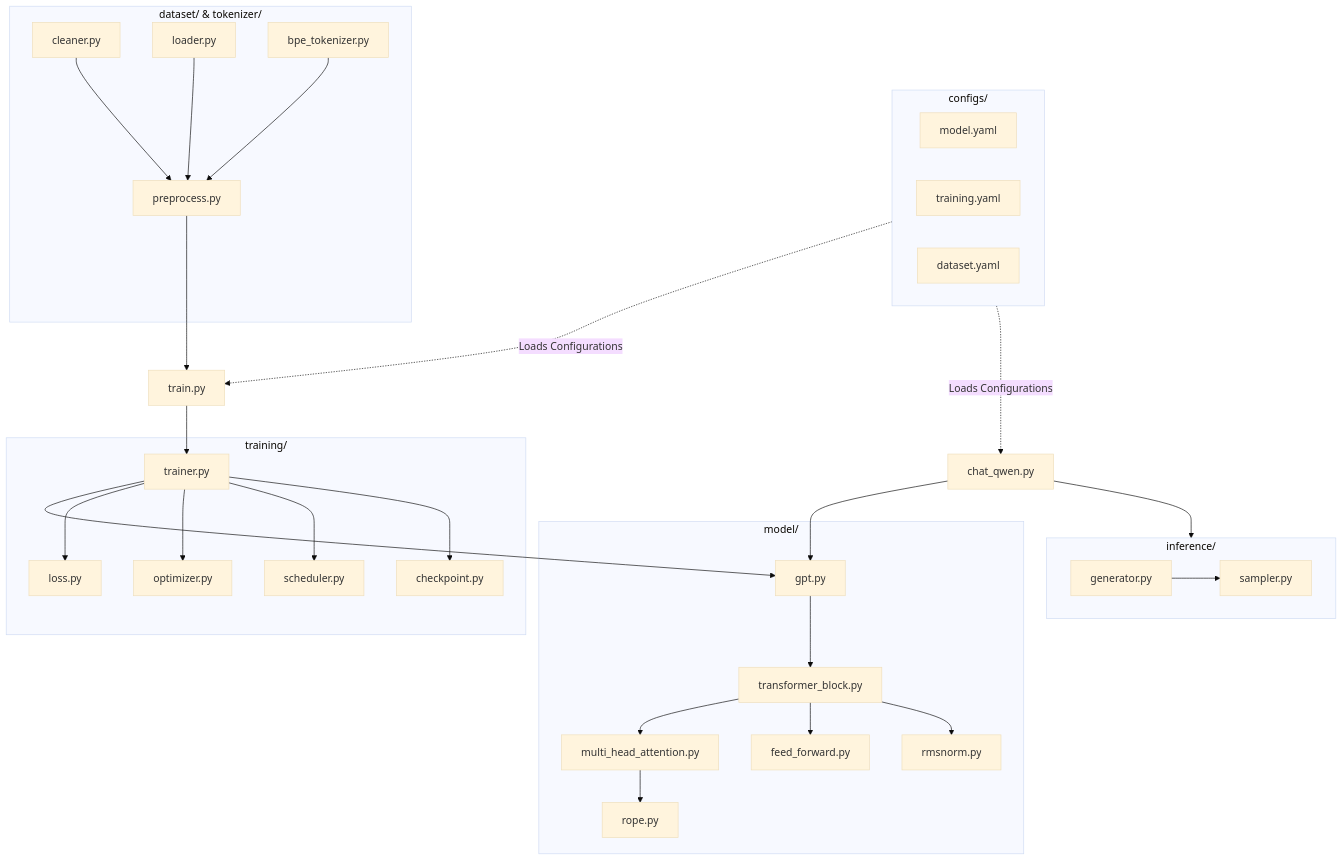
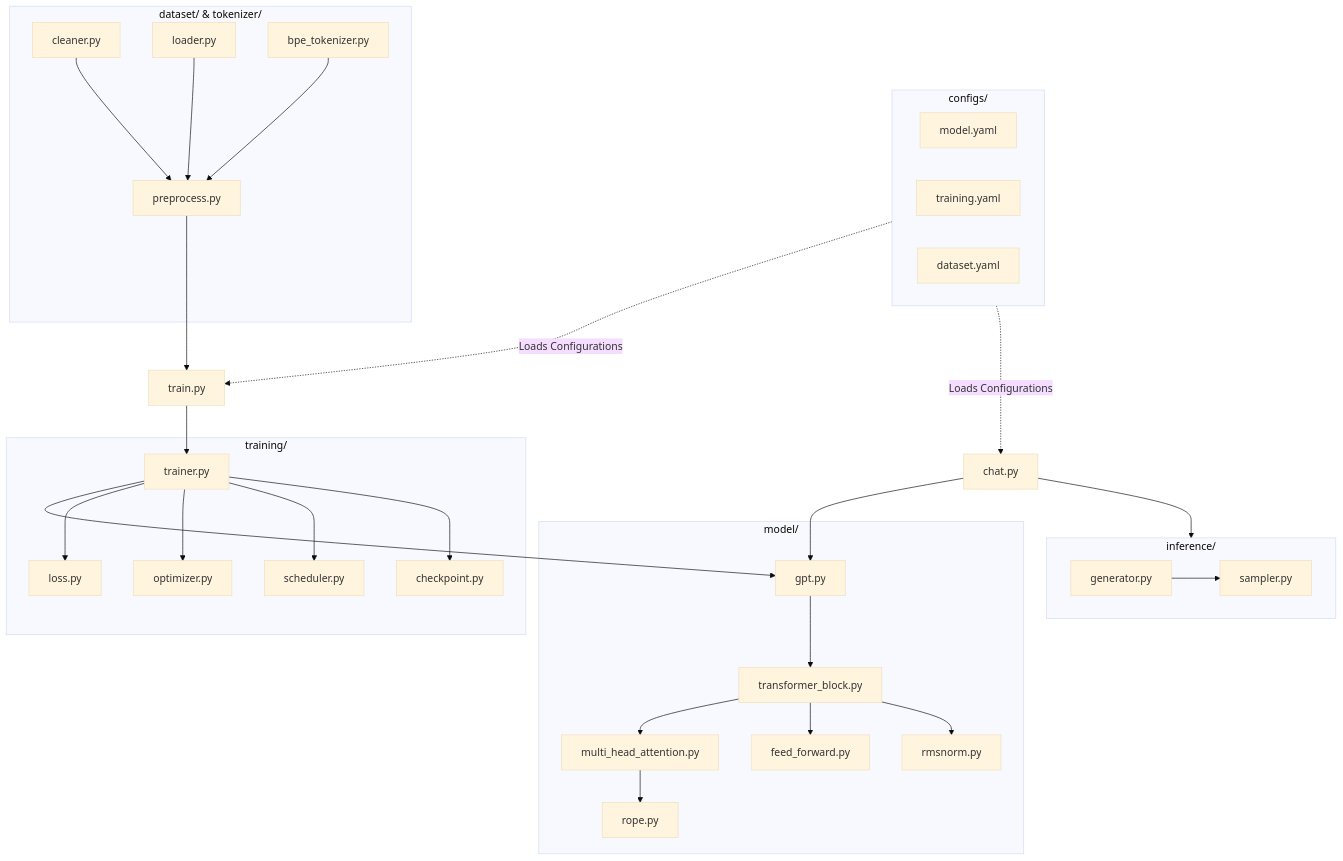
The diagram in brain/06_DEPENDENCY_GRAPH.md (Aashutosh2021/ARIA_LLM), drawn with Mermaid (base theme) before and after one commit. The commit also changed other lines of this file and 27 other files, not shown here.

````diff
--- a/brain/06_DEPENDENCY_GRAPH.md
+++ b/brain/06_DEPENDENCY_GRAPH.md
@@ -7,58 +7,58 @@
 ```mermaid
 graph TD
     %% Directories/Modules
     subgraph Configs [configs/]
         ModelYAML[model.yaml]
         TrainYAML[training.yaml]
         DataYAML[dataset.yaml]
     end
 
     subgraph DataPrep [dataset/ & tokenizer/]
         Cleaner[cleaner.py]
         Preprocessor[preprocess.py]
         Loader[loader.py]
         Tokenizer[bpe_tokenizer.py]
     end
 
     subgraph CoreModel [model/]
         GPT[gpt.py]
         TransformerBlock[transformer_block.py]
         MHA[multi_head_attention.py]
         RoPE[rope.py]
         RMSNorm[rmsnorm.py]
         FFN[feed_forward.py]
     end
 
     subgraph TrainingLoop [training/]
         Trainer[trainer.py]
         Loss[loss.py]
         Scheduler[scheduler.py]
         Optimizer[optimizer.py]
         Checkpoint[checkpoint.py]
     end
 
     subgraph InferenceLayer [inference/]
         Generator[generator.py]
         Sampler[sampler.py]
     end
 
     %% Dependencies relationships
-    Configs -. Loads Configurations .-> train.py & chat_qwen.py
+    Configs -. Loads Configurations .-> train.py & chat.py
     Loader --> Preprocessor
     Tokenizer --> Preprocessor
     Cleaner --> Preprocessor
     
     Preprocessor --> train.py
     
     GPT --> TransformerBlock
     TransformerBlock --> MHA & FFN & RMSNorm
     MHA --> RoPE
     
     train.py --> Trainer
     Trainer --> GPT
     Trainer --> Loss & Optimizer & Scheduler & Checkpoint
     
-    chat_qwen.py --> GPT
-    chat_qwen.py --> InferenceLayer
+    chat.py --> GPT
+    chat.py --> InferenceLayer
     Generator --> Sampler
 ```
````
